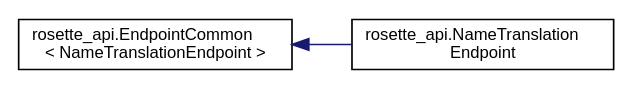
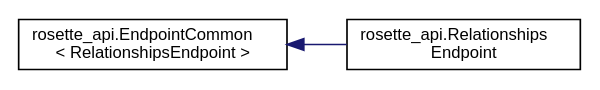
The diagram in inherit_graph_9.dot (rosette-api/dotnet), drawn with Graphviz before and after one commit. The commit also changed 196 other files, not shown here.

```diff
--- a/inherit_graph_9.dot
+++ b/inherit_graph_9.dot
@@ -1,9 +1,9 @@
 digraph "Graphical Class Hierarchy"
 {
   edge [fontname="Helvetica",fontsize="10",labelfontname="Helvetica",labelfontsize="10"];
   node [fontname="Helvetica",fontsize="10",shape=record];
   rankdir="LR";
-  Node0 [label="rosette_api.EndpointCommon\l\< NameTranslationEndpoint \>",height=0.2,width=0.4,color="black", fillcolor="white", style="filled",URL="$classrosette__api_1_1_endpoint_common.html"];
+  Node0 [label="rosette_api.EndpointCommon\l\< RelationshipsEndpoint \>",height=0.2,width=0.4,color="black", fillcolor="white", style="filled",URL="$classrosette__api_1_1_endpoint_common.html"];
   Node0 -> Node1 [dir="back",color="midnightblue",fontsize="10",style="solid",fontname="Helvetica"];
-  Node1 [label="rosette_api.NameTranslation\lEndpoint",height=0.2,width=0.4,color="black", fillcolor="white", style="filled",URL="$classrosette__api_1_1_name_translation_endpoint.html"];
+  Node1 [label="rosette_api.Relationships\lEndpoint",height=0.2,width=0.4,color="black", fillcolor="white", style="filled",URL="$classrosette__api_1_1_relationships_endpoint.html"];
 }
```
